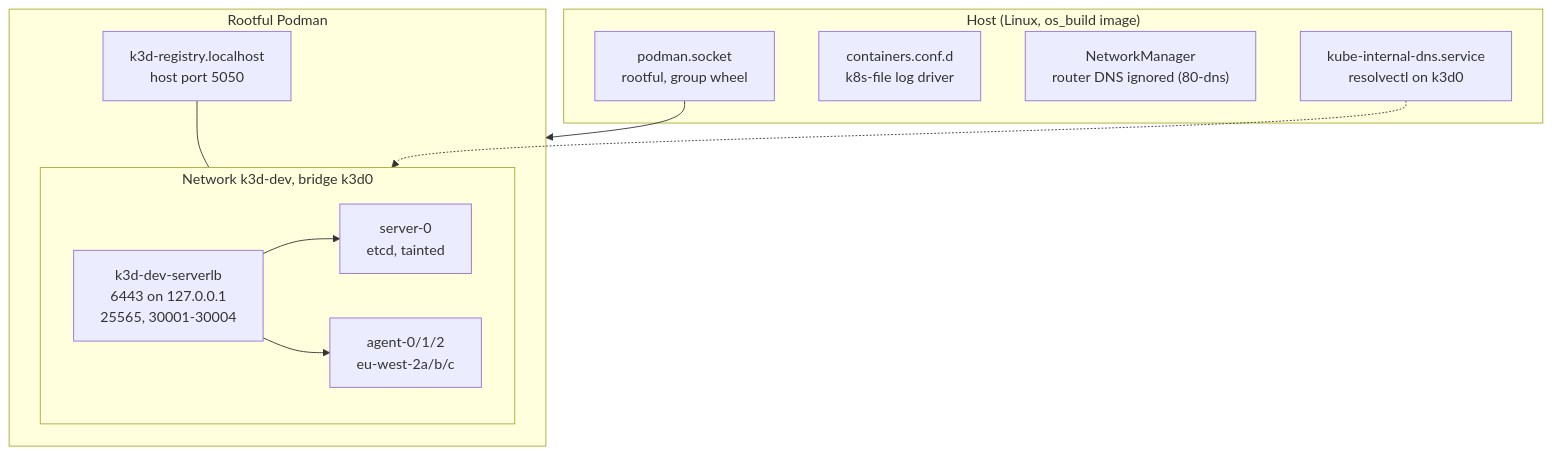
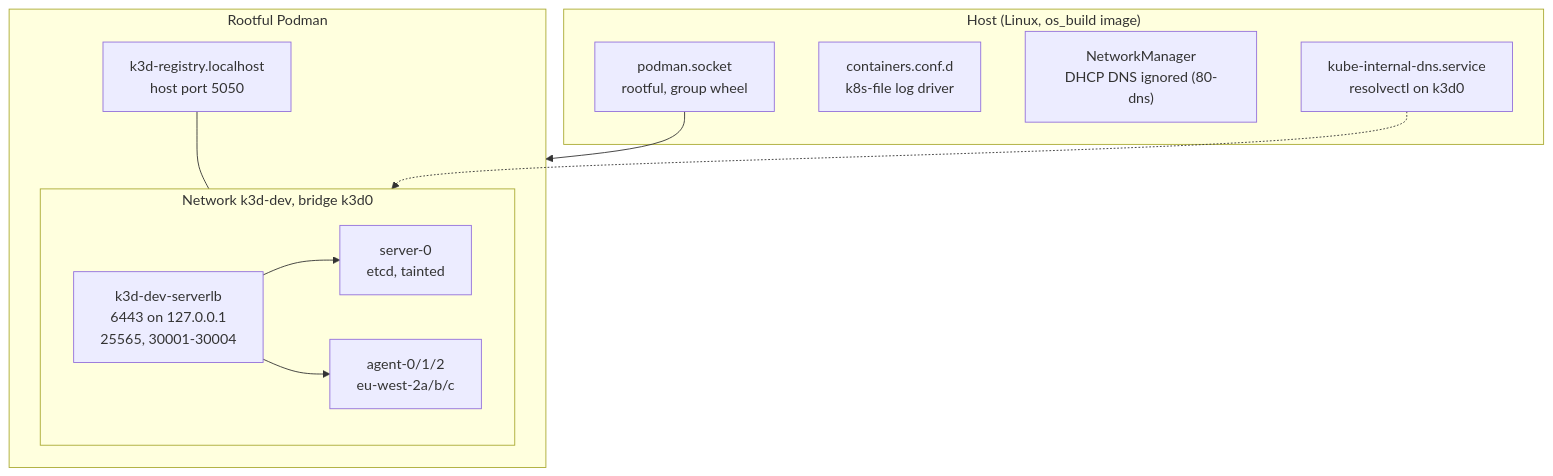
One commit to bourbonfgiles/dotfiles changed the second of 2 diagrams in kubernetes.md. Above: the diagram before and after it, drawn with Mermaid. The commit also changed other lines of this file and 1 other file, not shown here.

Commit message:
kubernetes.md: decisions without history, no router details; shared values updated

````diff
--- a/kubernetes.md
+++ b/kubernetes.md
@@ -49,22 +47,22 @@
 ```mermaid
 flowchart TB
   subgraph host["Host (Linux, os_build image)"]
     socket["podman.socket<br/>rootful, group wheel"]
     logs["containers.conf.d<br/>k8s-file log driver"]
-    nm["NetworkManager<br/>router DNS ignored (80-dns)"]
+    nm["NetworkManager<br/>DHCP DNS ignored (80-dns)"]
     unit["kube-internal-dns.service<br/>resolvectl on k3d0"]
   end
   subgraph podman["Rootful Podman"]
     registry["k3d-registry.localhost<br/>host port 5050"]
     subgraph net["Network k3d-dev, bridge k3d0"]
       lb["k3d-dev-serverlb<br/>6443 on 127.0.0.1<br/>25565, 30001-30004"]
       server["server-0<br/>etcd, tainted"]
       agents["agent-0/1/2<br/>eu-west-2a/b/c"]
     end
   end
   socket --> podman
   lb --> server
   lb --> agents
   registry --- net
   unit -.-> net
 ```
````
